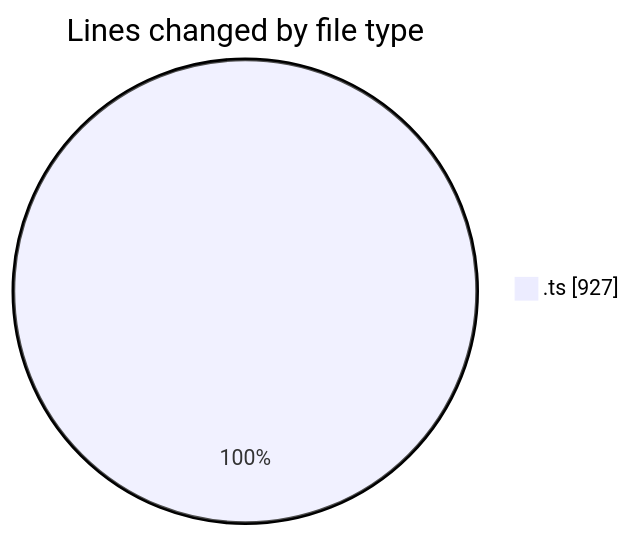
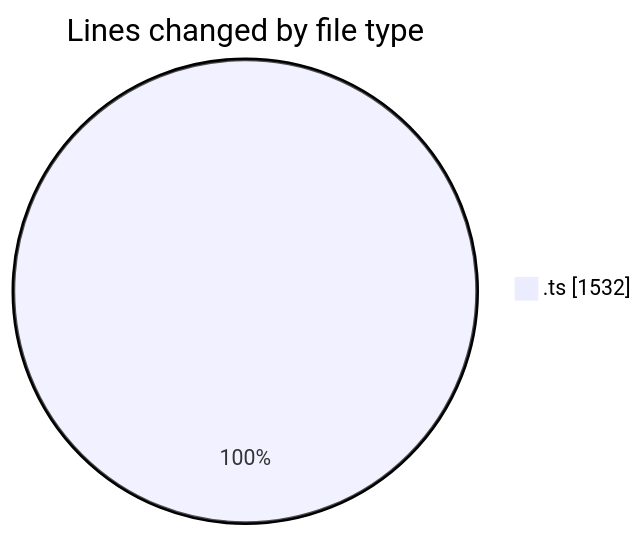
The first of 2 diagrams in 2025-08-07/cda/README.md (momahboobian/code-tracking), drawn with Mermaid before and after one commit. The commit also changed other lines of this file and 1 other file, not shown here.

````diff
--- a/2025-08-07/cda/README.md
+++ b/2025-08-07/cda/README.md
@@ -21,5 +23,5 @@
 ```mermaid
 pie showData
 title Lines changed by file type
-".ts" : 927
+".ts" : 1532
 ```
````
